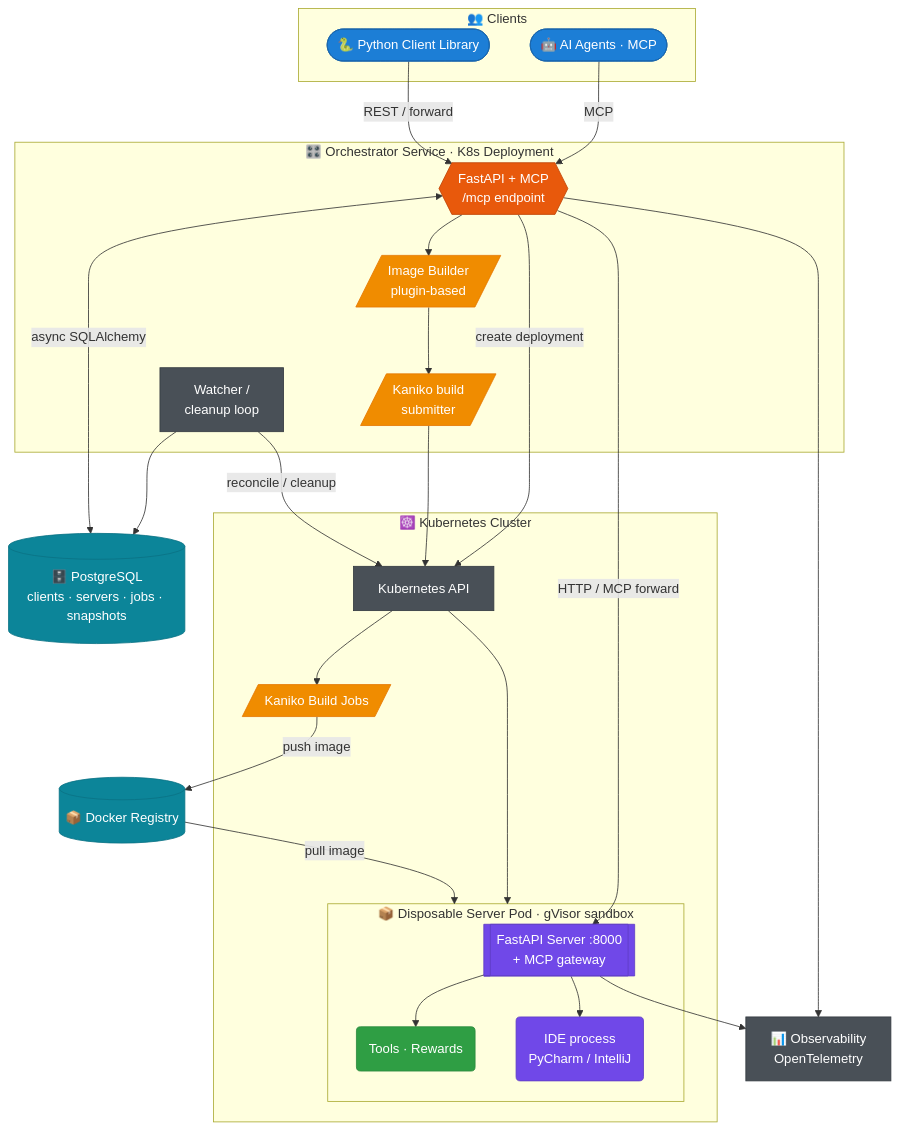
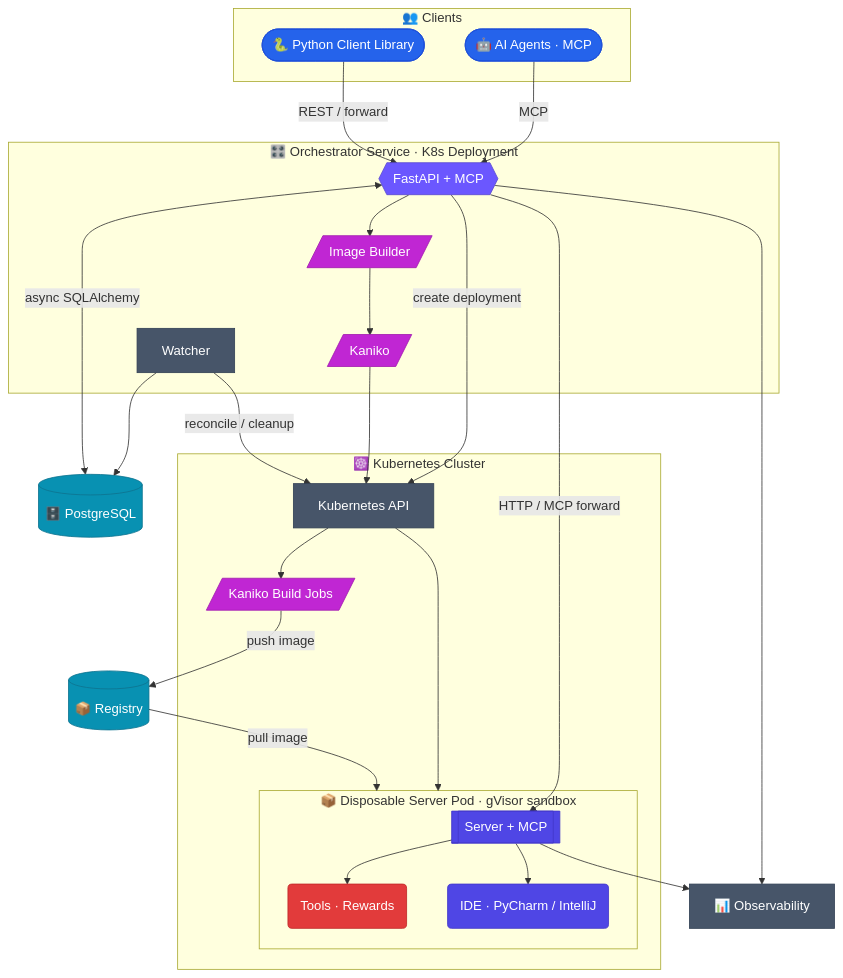
Before and after one commit to JetBrains-Research/idegym: the diagram in website/docs/architecture/index.md, drawn with Mermaid. The commit also changed other lines of this file and 9 other files, not shown here.

First line of the commit message:
[JBRes-9938] recolor diagrams to brand palette + tighten & un-stretch

````diff
--- a/website/docs/architecture/index.md
+++ b/website/docs/architecture/index.md
@@ -19,67 +16,67 @@
 ```mermaid
 flowchart TB
     subgraph clients["👥 Clients"]
         lib(["🐍 Python Client Library"]):::client
         agent(["🤖 AI Agents · MCP"]):::client
     end
 
     subgraph orch["🎛️ Orchestrator Service · K8s Deployment"]
-        api{{"FastAPI + MCP<br/>/mcp endpoint"}}:::ctrl
-        builder[/"Image Builder<br/>plugin-based"/]:::build
-        kaniko[/"Kaniko build<br/>submitter"/]:::build
-        watcher["Watcher /<br/>cleanup loop"]:::infra
+        api{{"FastAPI + MCP"}}:::ctrl
+        builder[/"Image Builder"/]:::build
+        kaniko[/"Kaniko"/]:::build
+        watcher["Watcher"]:::infra
     end
 
-    pg[("🗄️ PostgreSQL<br/>clients · servers · jobs · snapshots")]:::store
+    pg[("🗄️ PostgreSQL")]:::store
 
     subgraph k8s["☸️ Kubernetes Cluster"]
         kapi["Kubernetes API"]:::infra
         buildjob[/"Kaniko Build Jobs"/]:::build
         subgraph pod["📦 Disposable Server Pod · gVisor sandbox"]
-            srv[["FastAPI Server :8000<br/>+ MCP gateway"]]:::pod
+            srv[["Server + MCP"]]:::pod
             tools("Tools · Rewards"):::tool
-            ide("IDE process<br/>PyCharm / IntelliJ"):::pod
+            ide("IDE · PyCharm / IntelliJ"):::pod
         end
     end
 
-    registry[("📦 Docker Registry")]:::store
-    otel["📊 Observability<br/>OpenTelemetry"]:::infra
+    registry[("📦 Registry")]:::store
+    otel["📊 Observability"]:::infra
 
     lib -->|"REST / forward"| api
     agent -->|"MCP"| api
     api <-->|"async SQLAlchemy"| pg
     watcher --> pg
     watcher -->|"reconcile / cleanup"| kapi
     api --> builder --> kaniko --> kapi --> buildjob
     buildjob -->|"push image"| registry
     api -->|"create deployment"| kapi --> pod
     registry -->|"pull image"| pod
     srv --> tools
     srv --> ide
     api -->|"HTTP / MCP forward"| srv
     srv --> otel
     api --> otel
 
     click lib "/idegym/architecture/client" "Client library"
     click agent "/idegym/architecture/client" "Client & MCP access"
     click api "/idegym/architecture/orchestrator" "Orchestrator"
     click builder "/idegym/architecture/image-builder" "Image builder"
     click kaniko "/idegym/architecture/image-builder" "Kaniko builds"
     click buildjob "/idegym/architecture/image-builder" "Kaniko build jobs"
     click watcher "/idegym/architecture/watcher" "Watcher"
     click pg "/idegym/architecture/orchestrator" "Persistent state"
     click kapi "/idegym/deployment" "Kubernetes & deployment"
     click srv "/idegym/architecture/server" "Server internals"
     click tools "/idegym/architecture/rewards-tools" "Tools & rewards"
     click ide "/idegym/architecture/plugins" "IDE plugins"
     click registry "/idegym/architecture/image-builder" "Registry"
     click otel "/idegym/deployment" "Observability & deployment"
 
-    classDef client fill:#1c7ed6,stroke:#1864ab,color:#fff;
-    classDef ctrl fill:#e8590c,stroke:#c04405,color:#fff;
-    classDef build fill:#f08c00,stroke:#e67700,color:#fff;
-    classDef store fill:#0c8599,stroke:#0b7285,color:#fff;
-    classDef pod fill:#7048e8,stroke:#5f3dc4,color:#fff;
-    classDef tool fill:#2f9e44,stroke:#2b8a3e,color:#fff;
-    classDef infra fill:#495057,stroke:#343a40,color:#fff;
+    classDef client fill:#2563eb,stroke:#1d4ed8,color:#fff;
+    classDef ctrl fill:#6b57ff,stroke:#5b4bd2,color:#fff;
+    classDef build fill:#c026d3,stroke:#a21caf,color:#fff;
+    classDef store fill:#0891b2,stroke:#0e7490,color:#fff;
+    classDef pod fill:#4f46e5,stroke:#4338ca,color:#fff;
+    classDef tool fill:#e23b3b,stroke:#c02626,color:#fff;
+    classDef infra fill:#475569,stroke:#334155,color:#fff;
 ```
````
